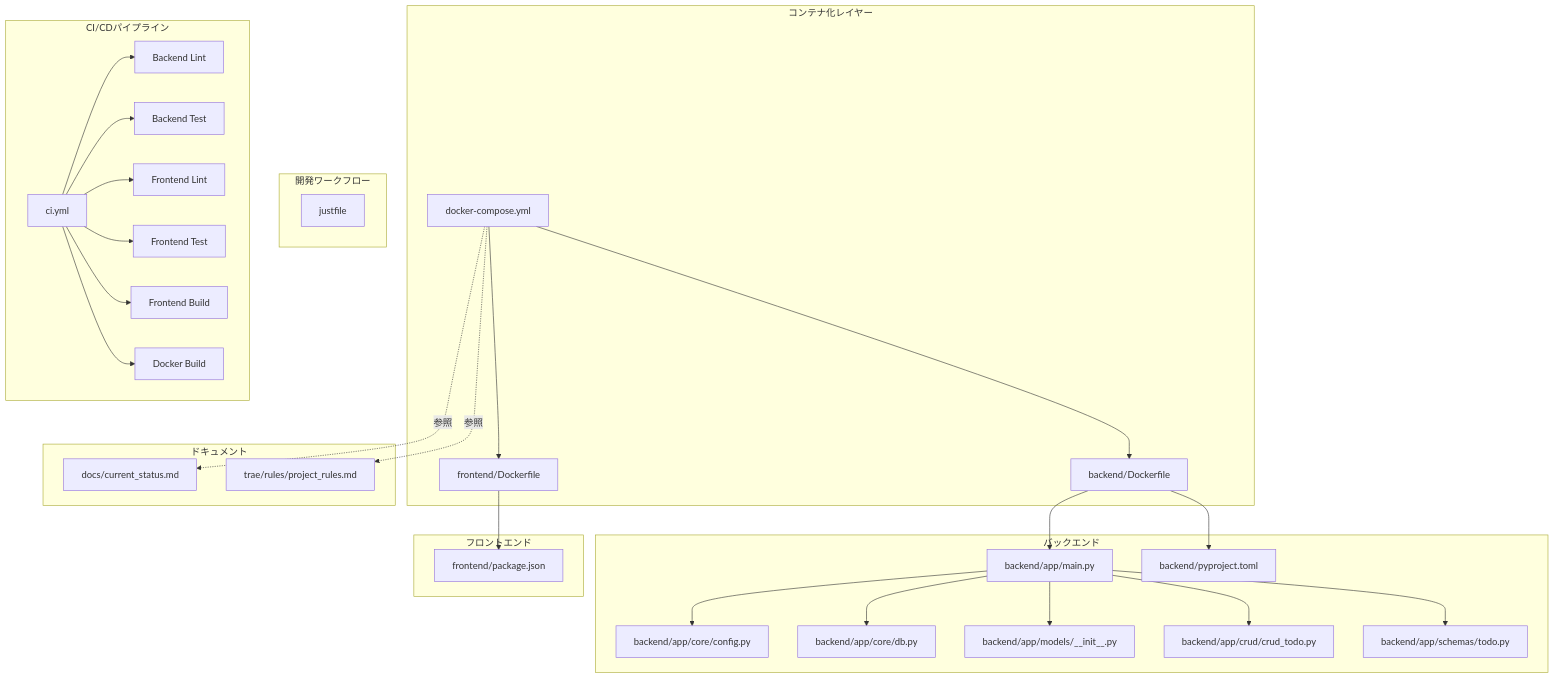
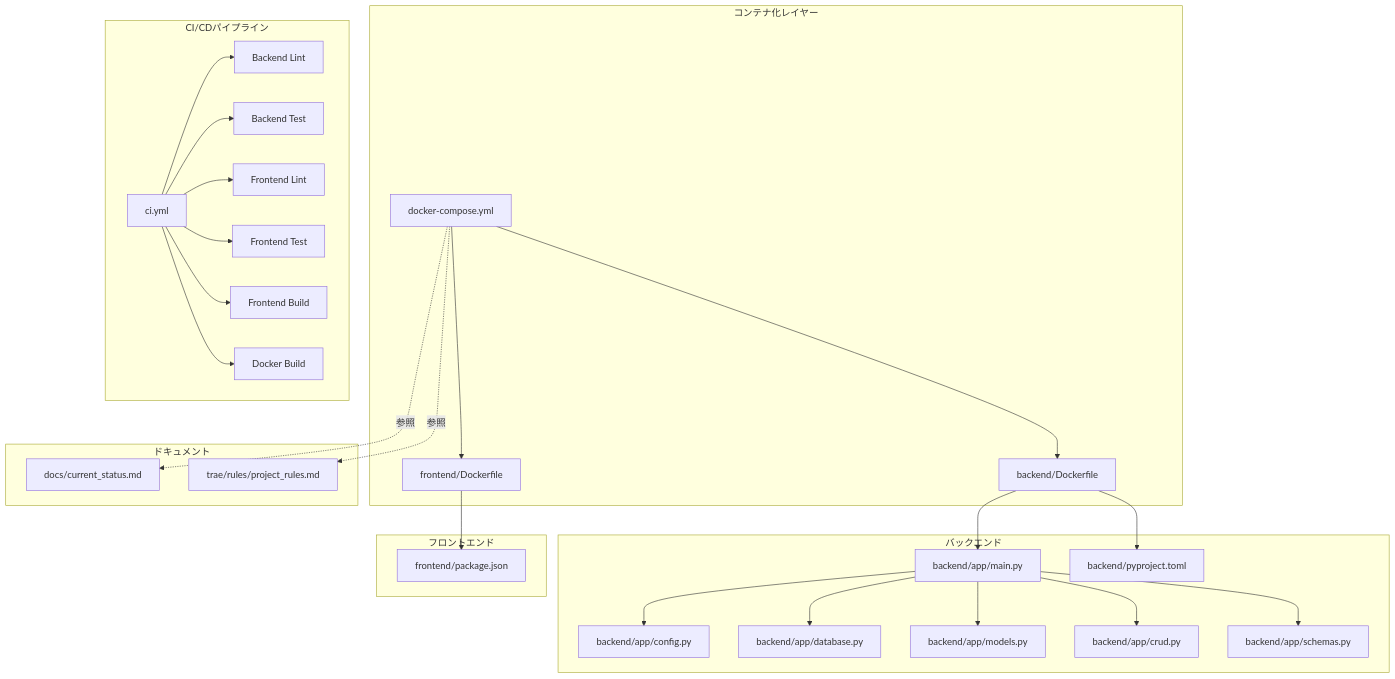
The first of 7 diagrams in .qoder/repowiki/ja/content/アーキテクチャ/インフラアーキテクチャ.md (ss8806/Todos), drawn with Mermaid before and after one commit. The commit also changed other lines of this file and 5 other files, not shown here.

First line of the commit message:
📐 Architecture Diagram詳細化

````diff
--- a/.qoder/repowiki/ja/content/アーキテクチャ/インフラアーキテクチャ.md
+++ b/.qoder/repowiki/ja/content/アーキテクチャ/インフラアーキテクチャ.md
@@ -64,54 +61,51 @@
 ```mermaid
 graph TB
 subgraph "コンテナ化レイヤー"
 DC["docker-compose.yml"]
 BD["backend/Dockerfile"]
 FD["frontend/Dockerfile"]
 end
-subgraph "開発ワークフロー"
-JF["justfile"]
-end
 subgraph "バックエンド"
 BA["backend/app/main.py"]
-BC["backend/app/core/config.py"]
-BB["backend/app/core/db.py"]
-BM["backend/app/models/__init__.py"]
-BCR["backend/app/crud/crud_todo.py"]
-BS["backend/app/schemas/todo.py"]
+BC["backend/app/config.py"]
+BB["backend/app/database.py"]
+BM["backend/app/models.py"]
+BCR["backend/app/crud.py"]
+BS["backend/app/schemas.py"]
 BP["backend/pyproject.toml"]
 end
 subgraph "フロントエンド"
 FP["frontend/package.json"]
 end
 subgraph "ドキュメント"
 CS["docs/current_status.md"]
 PR["trae/rules/project_rules.md"]
 end
 subgraph "CI/CDパイプライン"
 CI["ci.yml"]
 BL["Backend Lint"]
 BT["Backend Test"]
 FL["Frontend Lint"]
 FT["Frontend Test"]
 FB["Frontend Build"]
 DBI["Docker Build"]
 end
 DC --> BD
 DC --> FD
 BD --> BA
 BA --> BC
 BA --> BB
 BA --> BM
 BA --> BCR
 BA --> BS
 BD --> BP
 FD --> FP
 DC -.参照.-> CS
 DC -.参照.-> PR
 CI --> BL
 CI --> BT
 CI --> FL
 CI --> FT
 CI --> FB
 CI --> DBI
 ```
````
